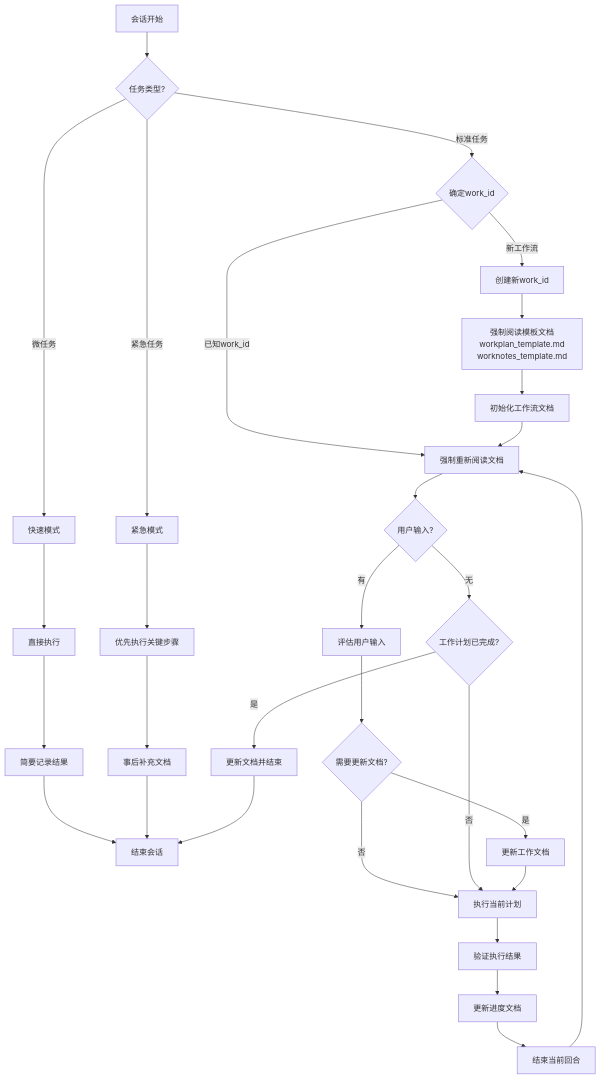
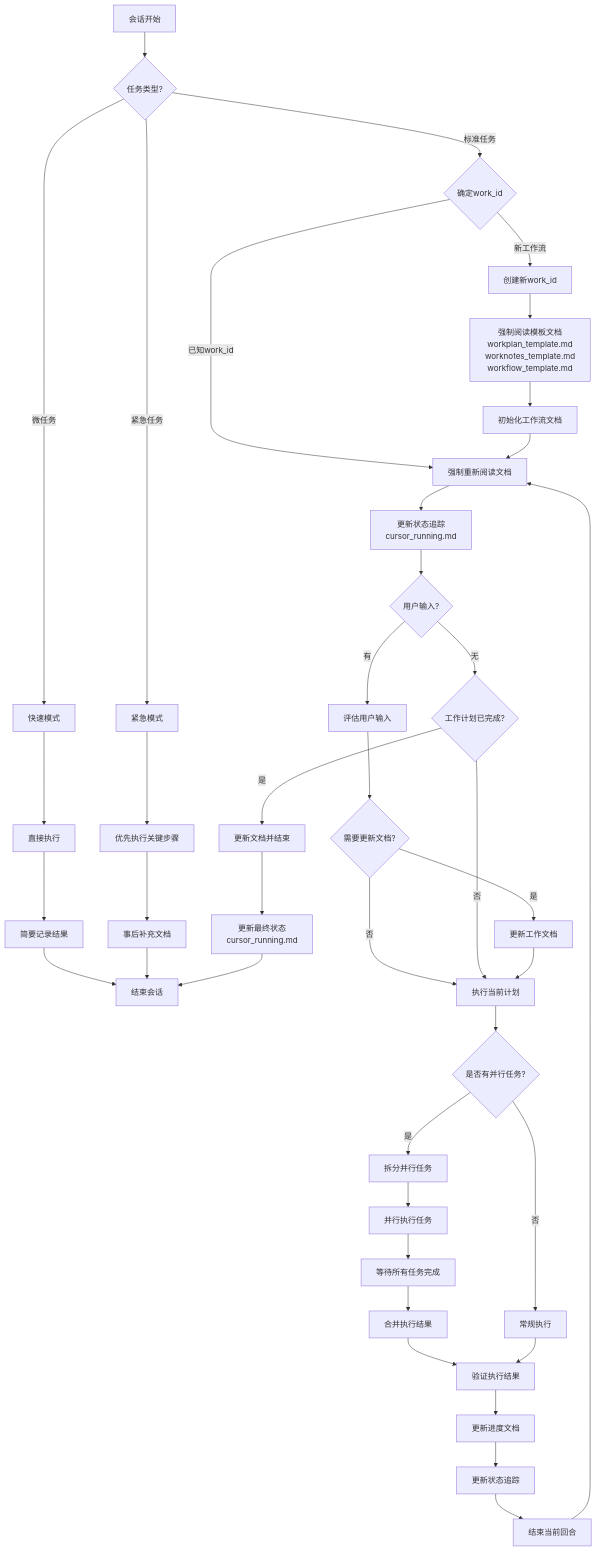
Before and after one commit to wanjochan/self-evolve-ai: the first of 2 diagrams in docs/workflow.md, drawn with Mermaid. The commit also changed other lines of this file and 37 other files, not shown here.

````diff
--- a/docs/workflow.md
+++ b/docs/workflow.md
@@ -7,40 +7,52 @@
 ```mermaid
 flowchart TD
     Start[会话开始] --> TaskType{任务类型?}
     TaskType -->|标准任务| CheckWorkId{确定work_id}
     TaskType -->|微任务| QuickMode[快速模式]
     TaskType -->|紧急任务| UrgentMode[紧急模式]
-    
+
     QuickMode --> SimpleExecute[直接执行]
     SimpleExecute --> QuickLog[简要记录结果]
     QuickLog --> End[结束会话]
-    
+
     UrgentMode --> UrgentExecute[优先执行关键步骤]
     UrgentExecute --> PostActionDoc[事后补充文档]
     PostActionDoc --> End
-    
+
     CheckWorkId --> |已知work_id| ReadDocs[强制重新阅读文档]
     CheckWorkId --> |新工作流| CreateWorkId[创建新work_id]
-    CreateWorkId --> ReadTemplates[强制阅读模板文档<br/>workplan_template.md<br/>worknotes_template.md]
+    CreateWorkId --> ReadTemplates[强制阅读模板文档<br/>workplan_template.md<br/>worknotes_template.md<br/>workflow_template.md]
     ReadTemplates --> InitDocs[初始化工作流文档]
     InitDocs --> ReadDocs
-    
-    ReadDocs --> CheckInput{用户输入?}
-    
+
+    ReadDocs --> UpdateStatus[更新状态追踪<br/>cursor_running.md]
+    UpdateStatus --> CheckInput{用户输入?}
+
     CheckInput -->|有| EvaluateInput[评估用户输入]
     EvaluateInput --> UpdateNeeded{需要更新文档?}
     UpdateNeeded -->|是| UpdateDocs[更新工作文档]
     UpdateNeeded -->|否| ExecutePlan[执行当前计划]
-    
+
     CheckInput -->|无| CheckCompletion{工作计划已完成?}
     CheckCompletion -->|是| FinalUpdate[更新文档并结束]
     CheckCompletion -->|否| ExecutePlan[执行当前计划]
-    
+
     UpdateDocs --> ExecutePlan
-    ExecutePlan --> VerifyExecution[验证执行结果]
+    ExecutePlan --> CheckParallel{是否有并行任务?}
+    CheckParallel -->|是| SplitTasks[拆分并行任务]
+    SplitTasks --> ExecuteParallel[并行执行任务]
+    ExecuteParallel --> WaitComplete[等待所有任务完成]
+    WaitComplete --> MergeResults[合并执行结果]
+    MergeResults --> VerifyExecution[验证执行结果]
+
+    CheckParallel -->|否| NormalExecute[常规执行]
+    NormalExecute --> VerifyExecution
+
     VerifyExecution --> UpdateProgress[更新进度文档]
-    UpdateProgress --> NextCycle[结束当前回合]
+    UpdateProgress --> UpdateStatusTrack[更新状态追踪]
+    UpdateStatusTrack --> NextCycle[结束当前回合]
     NextCycle --> ReadDocs
-    
-    FinalUpdate --> End
+
+    FinalUpdate --> UpdateFinalStatus[更新最终状态<br/>cursor_running.md]
+    UpdateFinalStatus --> End
 ```
````
